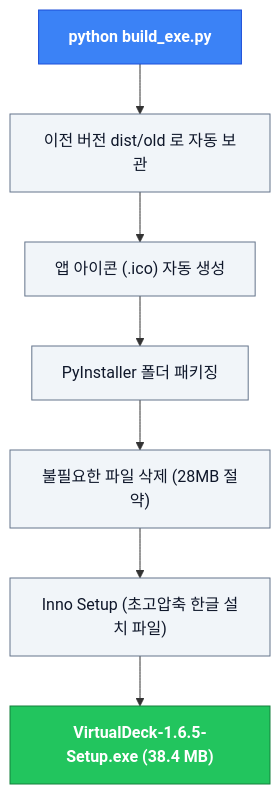
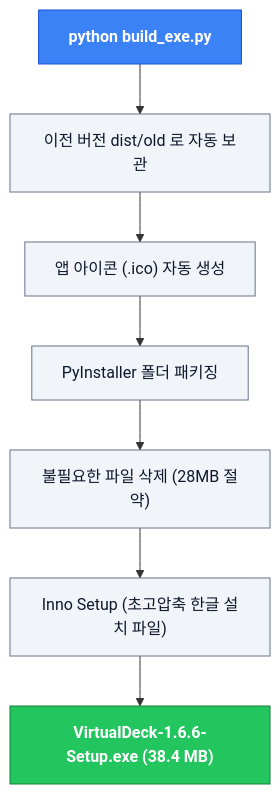
The seventh of 7 diagrams in README.md (sh11025/Virtual_Deck), drawn with Mermaid before and after one commit. The commit also changed other lines of this file and 9 other files, not shown here.

````diff
--- a/README.md
+++ b/README.md
@@ -347,13 +347,13 @@
 ```mermaid
 flowchart TD
     classDef head fill:#3b82f6,stroke:#1d4ed8,color:#ffffff,font-weight:bold;
     classDef box fill:#f1f5f9,stroke:#64748b,color:#0f172a;
     classDef done fill:#22c55e,stroke:#15803d,color:#ffffff,font-weight:bold;
 
     A["python build_exe.py"]:::head --> B["이전 버전 dist/old 로 자동 보관"]:::box
     B --> C["앱 아이콘 (.ico) 자동 생성"]:::box
     C --> D["PyInstaller 폴더 패키징"]:::box
     D --> E["불필요한 파일 삭제 (28MB 절약)"]:::box
     E --> F["Inno Setup (초고압축 한글 설치 파일)"]:::box
-    F --> G["VirtualDeck-1.6.5-Setup.exe (38.4 MB)"]:::done
+    F --> G["VirtualDeck-1.6.6-Setup.exe (38.4 MB)"]:::done
 ```
````
